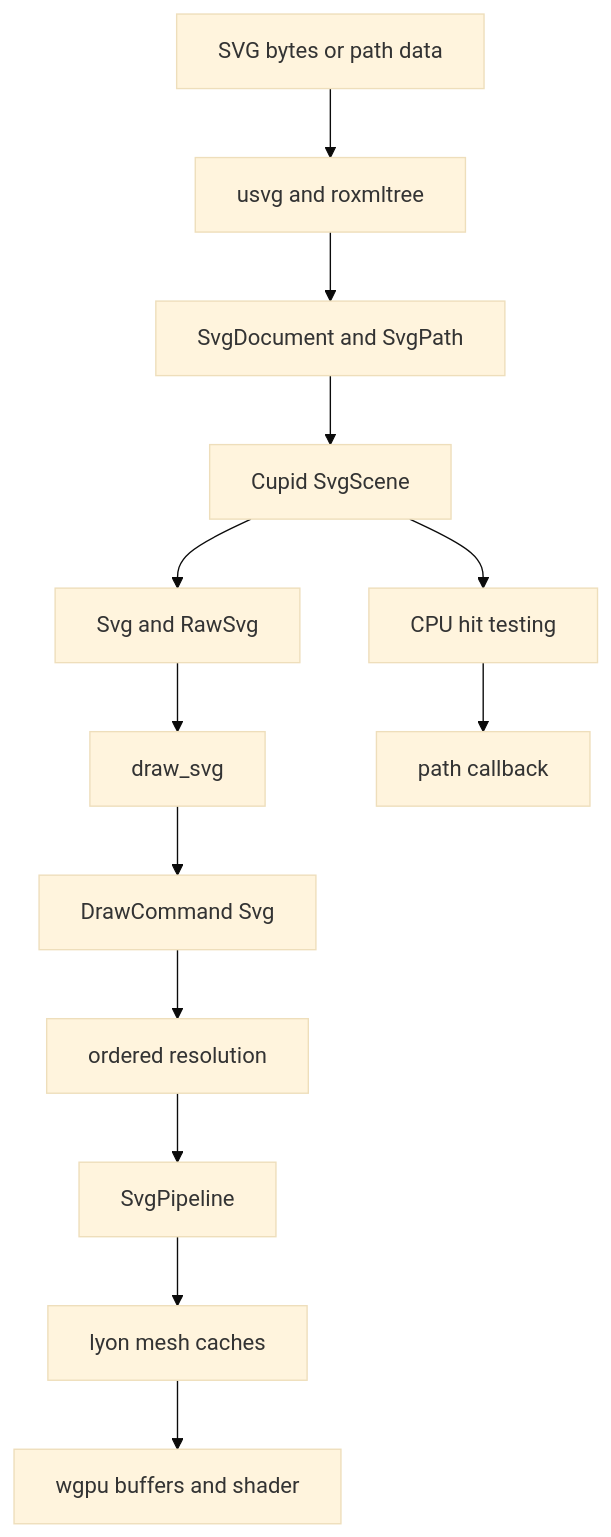
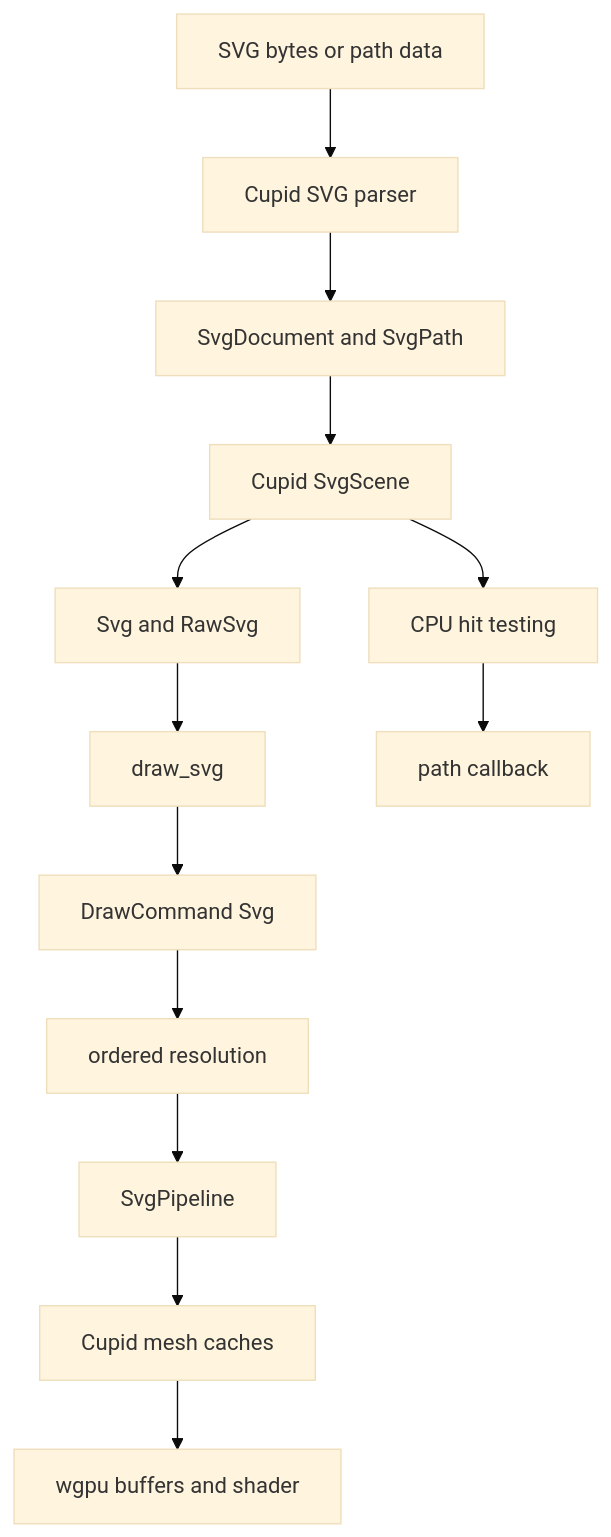
Before and after one commit to Cottons29/aimer: the diagram in aimer_cupid/SVG_RENDER.md, drawn with Mermaid (base theme). The commit also changed other lines of this file and 12 other files, not shown here.

````diff
--- a/aimer_cupid/SVG_RENDER.md
+++ b/aimer_cupid/SVG_RENDER.md
@@ -30,15 +30,15 @@
 ```mermaid
 flowchart TD
-    Source[SVG bytes or path data] --> Parser[usvg and roxmltree]
+    Source[SVG bytes or path data] --> Parser[Cupid SVG parser]
     Parser --> Document[SvgDocument and SvgPath]
     Document --> Scene[Cupid SvgScene]
     Scene --> Widget[Svg and RawSvg]
     Widget --> Canvas[draw_svg]
     Canvas --> Command[DrawCommand Svg]
     Command --> Renderer[ordered resolution]
     Renderer --> Pipeline[SvgPipeline]
-    Pipeline --> Cache[lyon mesh caches]
+    Pipeline --> Cache[Cupid mesh caches]
     Cache --> GPU[wgpu buffers and shader]
     Scene --> HitTest[CPU hit testing]
     HitTest --> Callback[path callback]
 ```
````
